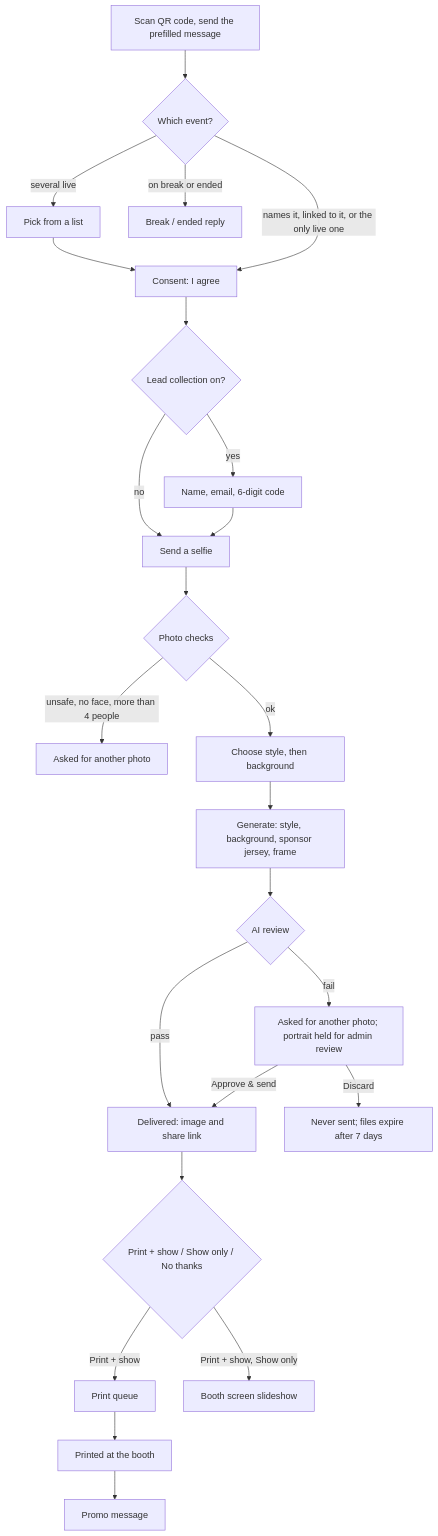
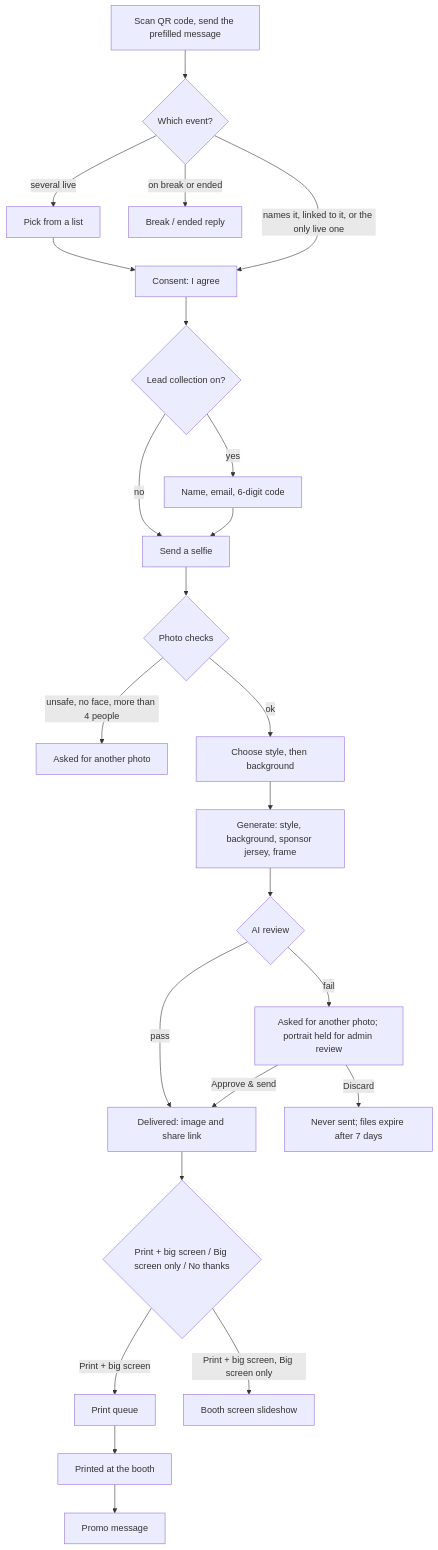
One commit to IObert/portrait-studio changed the diagram in docs/how-it-works.md. Above: the diagram before and after it, drawn with Mermaid. The commit also changed other lines of this file and 71 other files, not shown here.

````diff
--- a/docs/how-it-works.md
+++ b/docs/how-it-works.md
@@ -6,21 +6,21 @@
 ```mermaid
 flowchart TD
   A[Scan QR code, send the prefilled message] --> B{Which event?}
   B -->|names it, linked to it, or the only live one| C[Consent: I agree]
   B -->|several live| P[Pick from a list] --> C
   B -->|on break or ended| X[Break / ended reply]
   C --> L{Lead collection on?}
   L -->|yes| L2[Name, email, 6-digit code] --> S
   L -->|no| S[Send a selfie]
   S --> Q{Photo checks}
   Q -->|unsafe, no face, more than 4 people| R[Asked for another photo]
   Q -->|ok| M[Choose style, then background]
   M --> G[Generate: style, background, sponsor jersey, frame]
   G --> V{AI review}
   V -->|fail| F[Asked for another photo; portrait held for admin review] -->|Approve & send| D
   F -->|Discard| Z[Never sent; files expire after 7 days]
   V -->|pass| D[Delivered: image and share link]
-  D --> K{Print + show / Show only / No thanks}
-  K -->|Print + show| PR[Print queue] --> PA[Printed at the booth] --> PM[Promo message]
-  K -->|Print + show, Show only| BS[Booth screen slideshow]
+  D --> K{Print + big screen / Big screen only / No thanks}
+  K -->|Print + big screen| PR[Print queue] --> PA[Printed at the booth] --> PM[Promo message]
+  K -->|Print + big screen, Big screen only| BS[Booth screen slideshow]
 ```
````
